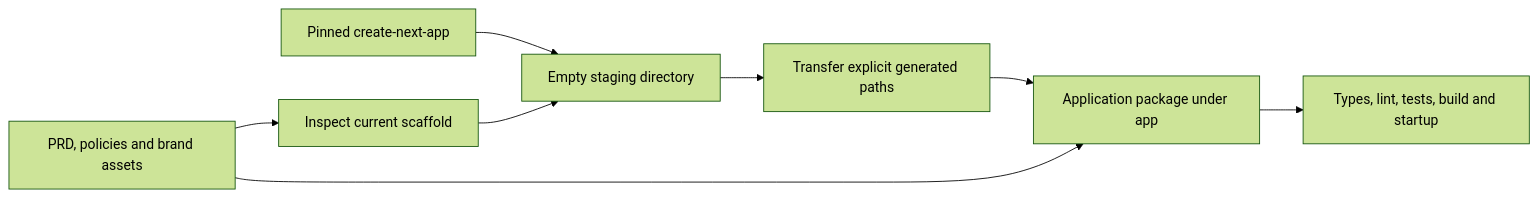
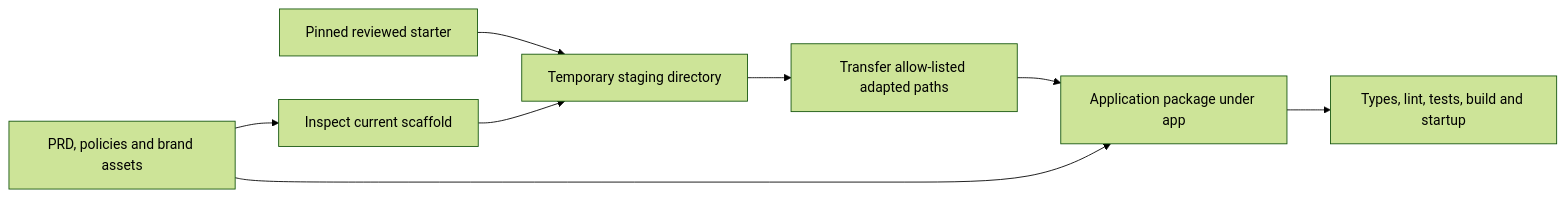
Before and after one commit to LucasMatuszewski/sii-vibe-coding-2026-10: the first of 2 diagrams in docs/ADR/001-project-initialization.md, drawn with Mermaid (forest theme). The commit also changed other lines of this file and 5 other files, not shown here.

````diff
--- a/docs/ADR/001-project-initialization.md
+++ b/docs/ADR/001-project-initialization.md
@@ -132,10 +138,10 @@
 ```mermaid
 flowchart LR
     Sources[PRD, policies and brand assets] --> Inspect[Inspect current scaffold]
-    Generator[Pinned create-next-app] --> Stage[Empty staging directory]
+    Starter[Pinned reviewed starter] --> Stage[Temporary staging directory]
     Inspect --> Stage
-    Stage --> Merge[Transfer explicit generated paths]
+    Stage --> Merge[Transfer allow-listed adapted paths]
     Merge --> Package[Application package under app]
     Sources --> Package
     Package --> Checks[Types, lint, tests, build and startup]
 ```
````
